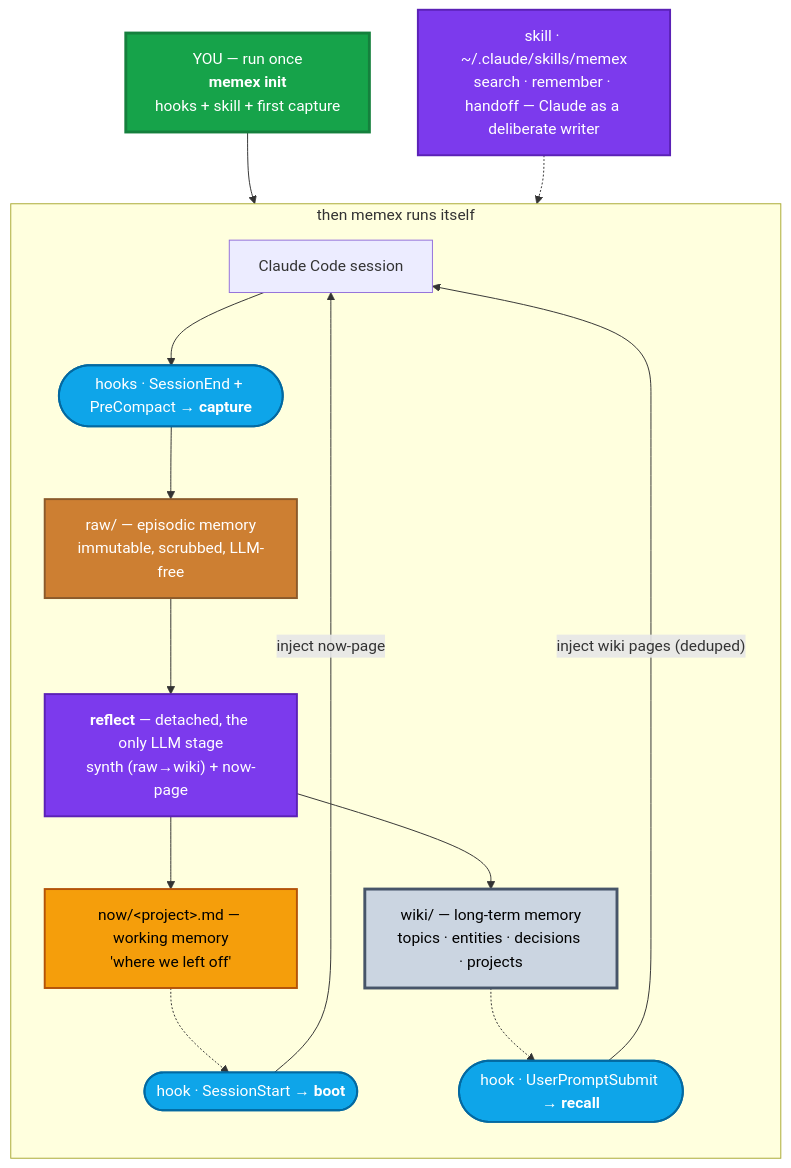
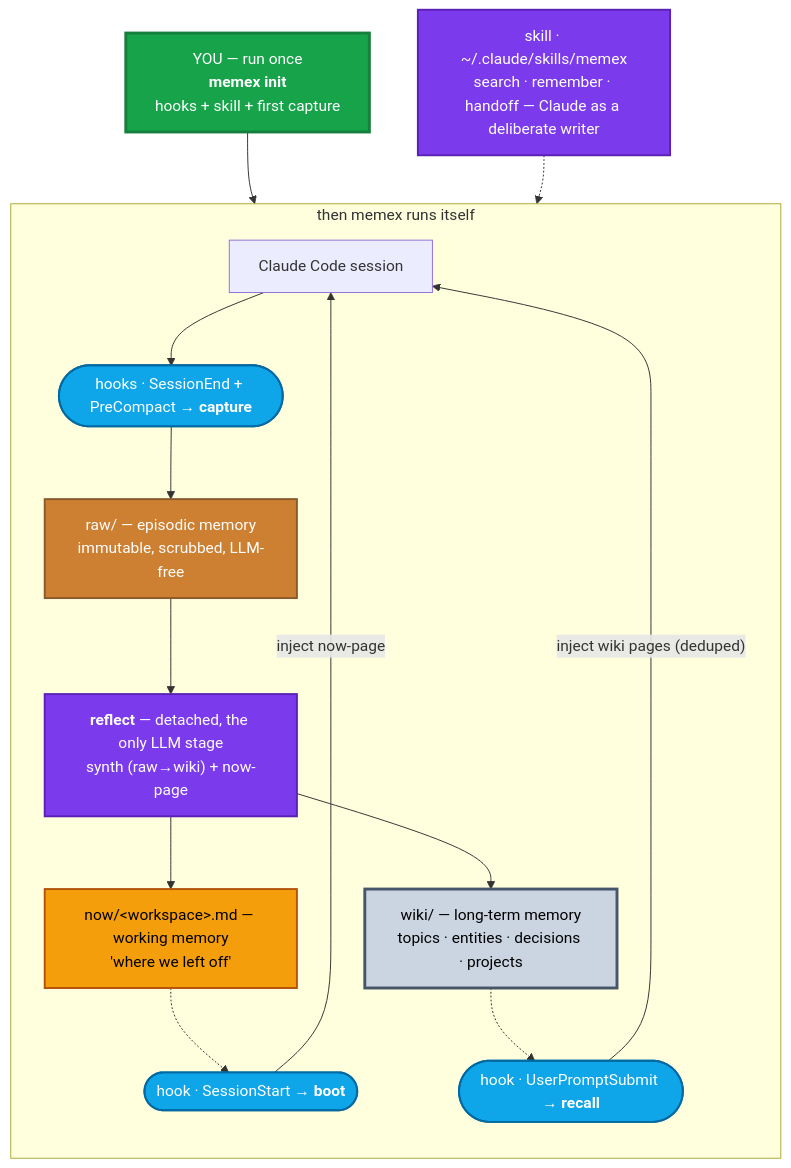
The diagram in README.md (GianCdM/memex), drawn with Mermaid before and after one commit. The commit also changed other lines of this file and 15 other files, not shown here.

````diff
--- a/README.md
+++ b/README.md
@@ -27,35 +38,35 @@
 ```mermaid
 flowchart TB
   classDef you fill:#16a34a,color:#fff,stroke:#15803d,stroke-width:3px
   classDef hook fill:#0ea5e9,color:#fff,stroke:#0369a1,stroke-width:2px
   classDef llm fill:#7c3aed,color:#fff,stroke:#5b21b6,stroke-width:2px
   classDef bronze fill:#cd7f32,color:#fff,stroke:#8b5a2b,stroke-width:2px
   classDef wiki fill:#cbd5e1,color:#000,stroke:#475569,stroke-width:3px
   classDef nowc fill:#f59e0b,color:#000,stroke:#b45309,stroke-width:2px
 
   YOU["YOU — run once<br/><b>memex init</b><br/>hooks + skill + first capture"]:::you
 
   subgraph AUTO["then memex runs itself"]
     direction TB
     HARNESS["Claude Code session"]
     BOOT(["hook · SessionStart → <b>boot</b>"]):::hook
     RECALL(["hook · UserPromptSubmit → <b>recall</b>"]):::hook
     CAP(["hooks · SessionEnd + PreCompact → <b>capture</b>"]):::hook
     RAW["raw/ — episodic memory<br/>immutable, scrubbed, LLM-free"]:::bronze
     REFL["<b>reflect</b> — detached, the only LLM stage<br/>synth (raw→wiki) + now-page"]:::llm
     WIKI["wiki/ — long-term memory<br/>topics · entities · decisions · projects"]:::wiki
-    NOW["now/&lt;project&gt;.md — working memory<br/>'where we left off'"]:::nowc
+    NOW["now/&lt;workspace&gt;.md — working memory<br/>'where we left off'"]:::nowc
 
     BOOT -- "inject now-page" --> HARNESS
     RECALL -- "inject wiki pages (deduped)" --> HARNESS
     HARNESS --> CAP --> RAW --> REFL
     REFL --> WIKI
     REFL --> NOW
     NOW -.-> BOOT
     WIKI -.-> RECALL
   end
 
   SKILL["skill · ~/.claude/skills/memex<br/>search · remember · handoff — Claude as a deliberate writer"]:::llm
   YOU --> HARNESS
   SKILL -.-> HARNESS
 ```
````
